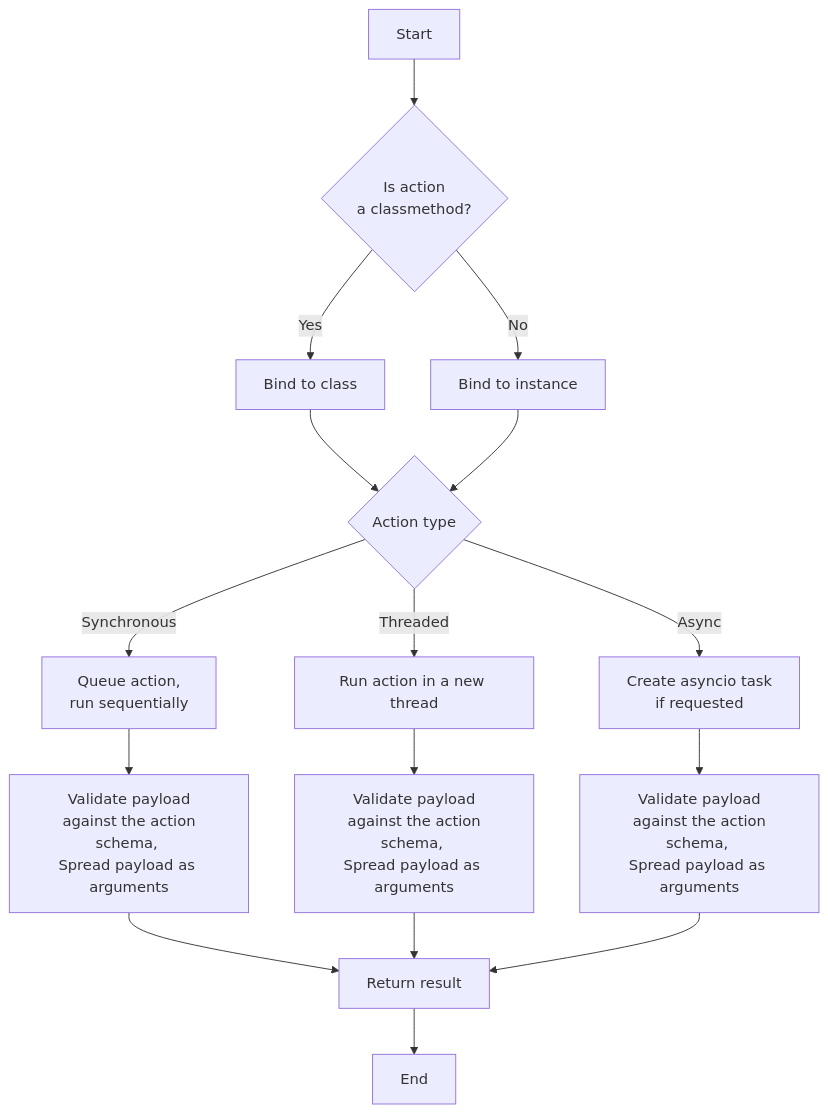
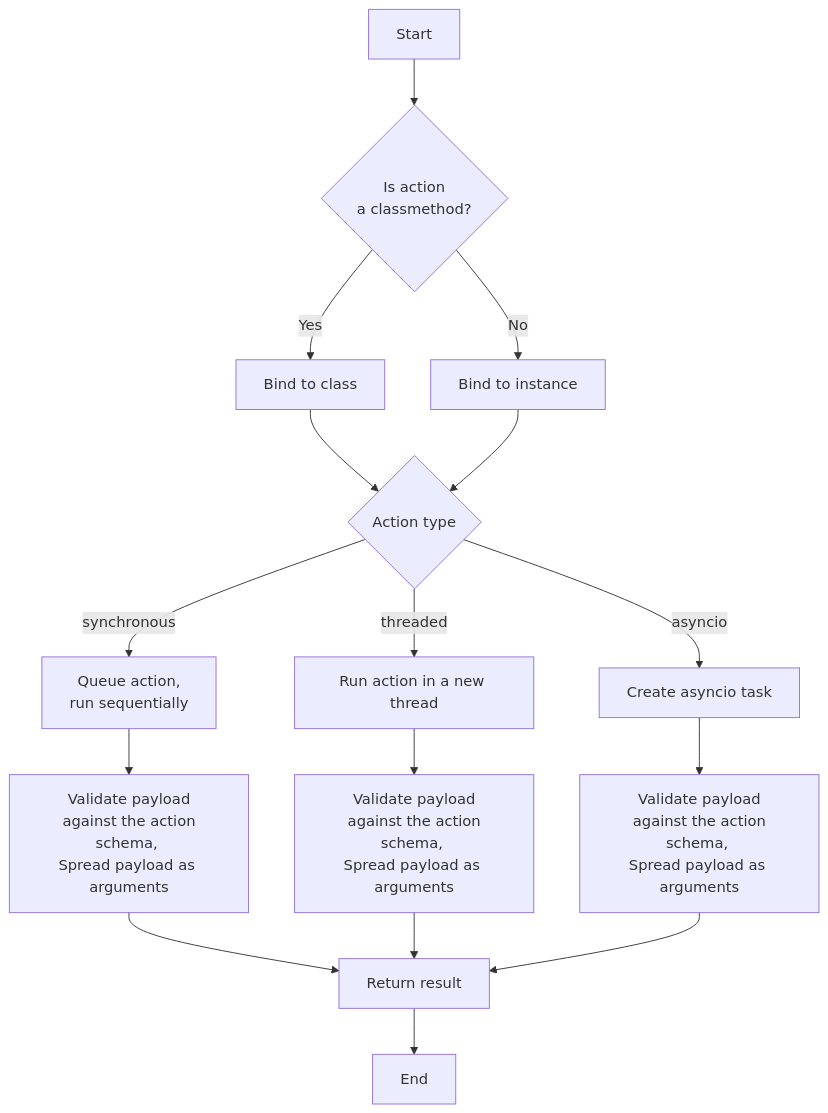
Before and after one commit to hololinked-dev/docs: the diagram in docs/design/action-descriptors.md, drawn with Mermaid. The commit also changed other lines of this file and 16 other files, not shown here.

````diff
--- a/docs/design/action-descriptors.md
+++ b/docs/design/action-descriptors.md
@@ -109,18 +96,18 @@
 ```mermaid
 flowchart TD
     A[Start] --> B{Is action <br/>a classmethod?}
     B -- Yes --> C[Bind to class]
     B -- No --> D[Bind to instance]
     C --> E{Action type}
     D --> E
-    E -- Synchronous --> F[Queue action,<br/>run sequentially]
-    E -- Threaded --> G[Run action in a new thread]
-    E -- Async --> H[Create asyncio task<br/>if requested]
+    E -- synchronous --> F[Queue action,<br/>run sequentially]
+    E -- threaded --> G[Run action in a new thread]
+    E -- asyncio --> H[Create asyncio task]
     F --> I[Validate payload<br/> against the action schema, <br/>Spread payload as arguments]
     G --> J[Validate payload<br/> against the action schema, <br/>Spread payload as arguments]
     H --> K[Validate payload<br/> against the action schema, <br/>Spread payload as arguments]
     I --> Z[Return result]
     J --> Z
     K --> Z
     Z --> Q[End]
 ```
````
